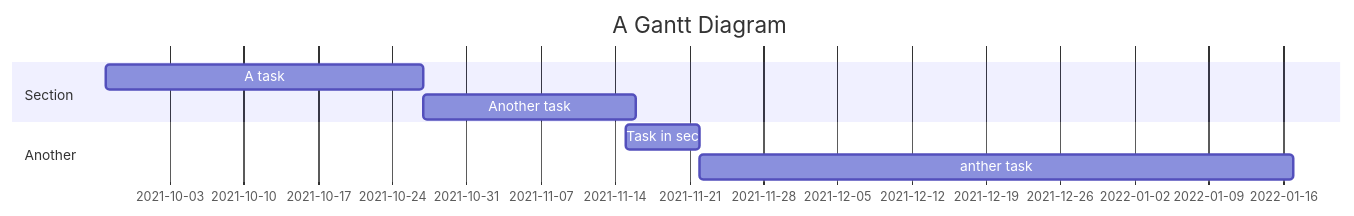
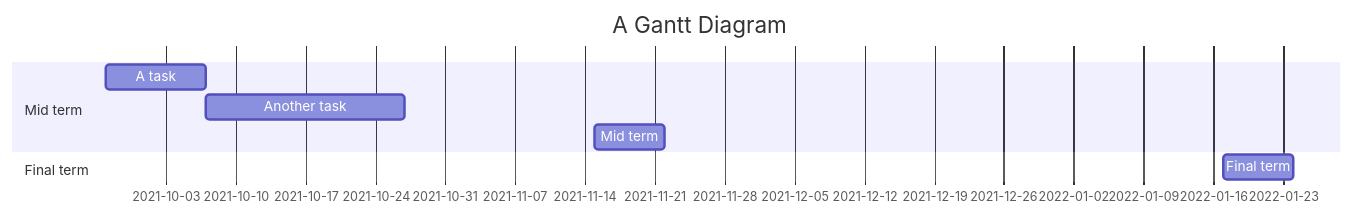
Before and after one commit to ja754969/Julia-Programming: the diagram in README.md, drawn with Mermaid. The commit also changed other lines of this file, not shown here.

````diff
--- a/README.md
+++ b/README.md
@@ -13,13 +13,14 @@
 ```mermaid
 gantt
     dateFormat  YYYY-MM-DD
     title A Gantt Diagram
     excludes    days
     
-    section Section
-    A task           :a1, 2021-09-27, 30d
+    section Mid term
+    A task           :a1, 2021-09-27, 10d
     Another task     :after a1  , 20d
-    section Another
-    Task in sec      :2021-11-15  , 7d
-    anther task      :2022-01-17
+    Mid term         :2021-11-15  , 7d
+    section Final term
+    
+    Final term      :2022-01-17  ,  7d
 ```
````
